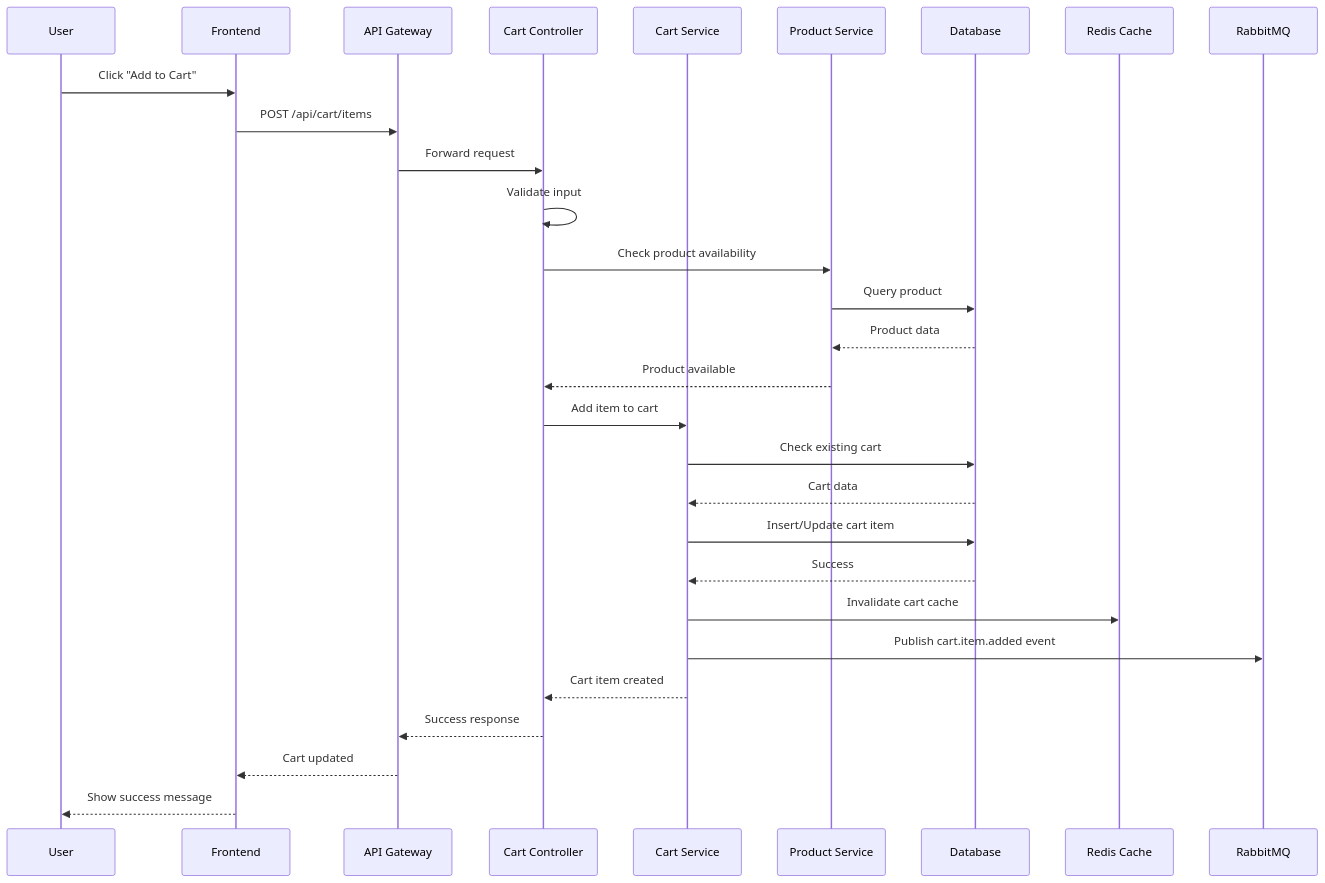
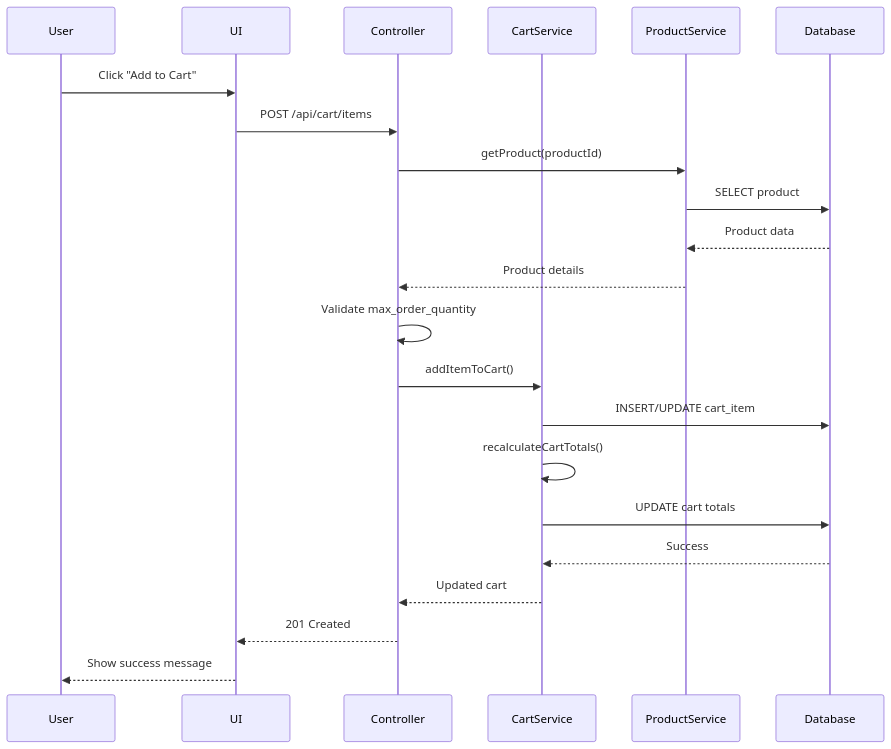
The second of 3 diagrams in docs/LLD/lld.md (NavneetBN47/aava-ecom-demo), drawn with Mermaid before and after one commit. The commit also changed other lines of this file, not shown here.

````diff
--- a/docs/LLD/lld.md
+++ b/docs/LLD/lld.md
@@ -1319,32 +707,25 @@
 ```mermaid
 sequenceDiagram
     participant User
-    participant Frontend
-    participant API Gateway
-    participant Cart Controller
-    participant Cart Service
-    participant Product Service
+    participant UI
+    participant Controller
+    participant CartService
+    participant ProductService
     participant Database
-    participant Redis Cache
-    participant RabbitMQ
     
-    User->>Frontend: Click "Add to Cart"
-    Frontend->>API Gateway: POST /api/cart/items
-    API Gateway->>Cart Controller: Forward request
-    Cart Controller->>Cart Controller: Validate input
-    Cart Controller->>Product Service: Check product availability
-    Product Service->>Database: Query product
-    Database-->>Product Service: Product data
-    Product Service-->>Cart Controller: Product available
-    Cart Controller->>Cart Service: Add item to cart
-    Cart Service->>Database: Check existing cart
-    Database-->>Cart Service: Cart data
-    Cart Service->>Database: Insert/Update cart item
-    Database-->>Cart Service: Success
-    Cart Service->>Redis Cache: Invalidate cart cache
-    Cart Service->>RabbitMQ: Publish cart.item.added event
-    Cart Service-->>Cart Controller: Cart item created
-    Cart Controller-->>API Gateway: Success response
-    API Gateway-->>Frontend: Cart updated
-    Frontend-->>User: Show success message
+    User->>UI: Click "Add to Cart"
+    UI->>Controller: POST /api/cart/items
+    Controller->>ProductService: getProduct(productId)
+    ProductService->>Database: SELECT product
+    Database-->>ProductService: Product data
+    ProductService-->>Controller: Product details
+    Controller->>Controller: Validate max_order_quantity
+    Controller->>CartService: addItemToCart()
+    CartService->>Database: INSERT/UPDATE cart_item
+    CartService->>CartService: recalculateCartTotals()
+    CartService->>Database: UPDATE cart totals
+    Database-->>CartService: Success
+    CartService-->>Controller: Updated cart
+    Controller-->>UI: 201 Created
+    UI-->>User: Show success message
 ```
````
